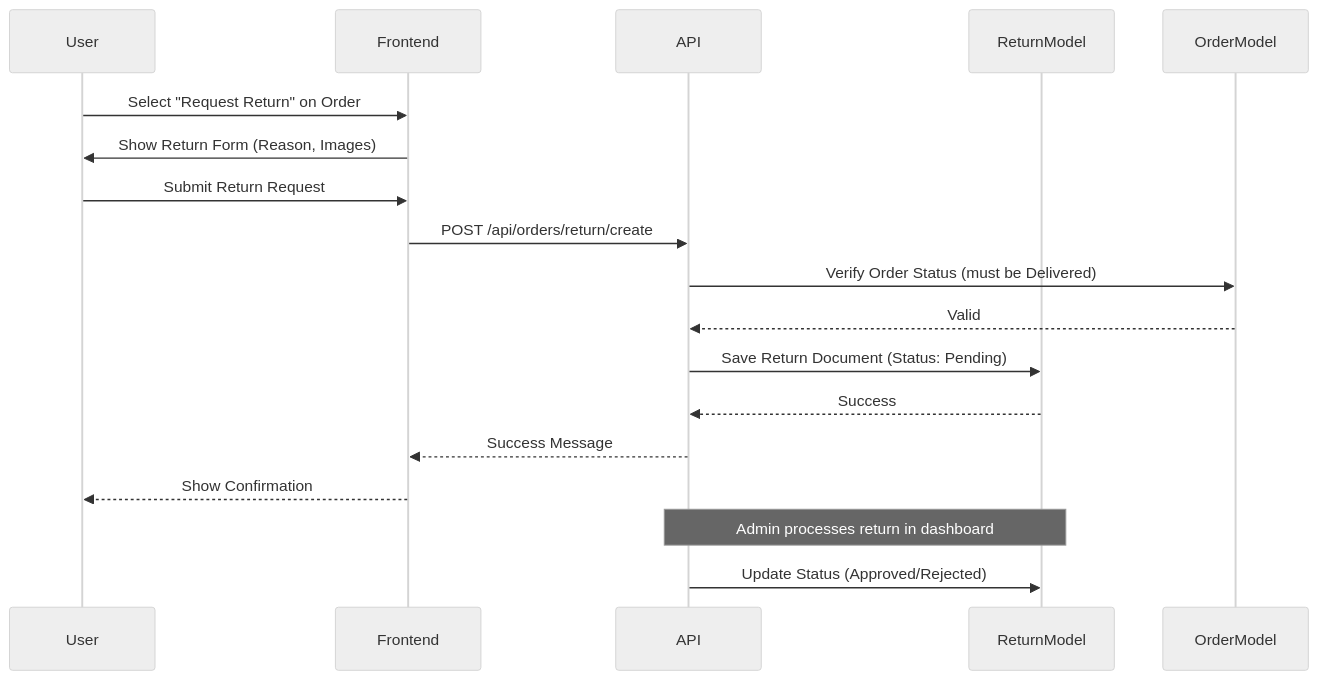
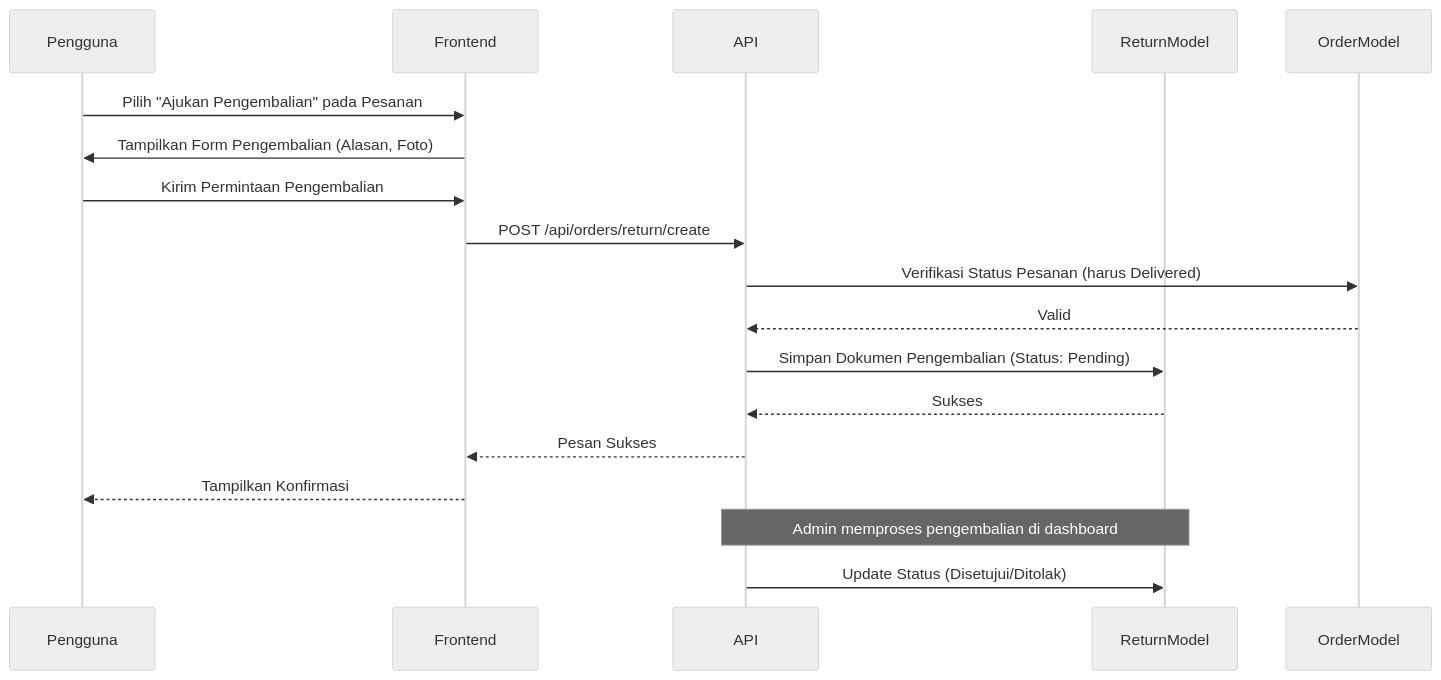
One commit to Grinti123/gerai-ayra-fullstack changed the fifth of 6 diagrams in sequence-diagram.md. Above: the diagram before and after it, drawn with Mermaid (neutral theme). The commit also changed other lines of this file, not shown here.

Commit message:
update sequence

````diff
--- a/sequence-diagram.md
+++ b/sequence-diagram.md
@@ -119,22 +119,22 @@
 ```mermaid
 sequenceDiagram
-    participant User
+    participant User as Pengguna
     participant Frontend
     participant API
     participant ReturnModel
     participant OrderModel
 
-    User->>Frontend: Select "Request Return" on Order
-    Frontend->>User: Show Return Form (Reason, Images)
-    User->>Frontend: Submit Return Request
+    User->>Frontend: Pilih "Ajukan Pengembalian" pada Pesanan
+    Frontend->>User: Tampilkan Form Pengembalian (Alasan, Foto)
+    User->>Frontend: Kirim Permintaan Pengembalian
     Frontend->>API: POST /api/orders/return/create
-    API->>OrderModel: Verify Order Status (must be Delivered)
+    API->>OrderModel: Verifikasi Status Pesanan (harus Delivered)
     OrderModel-->>API: Valid
-    API->>ReturnModel: Save Return Document (Status: Pending)
-    ReturnModel-->>API: Success
-    API-->>Frontend: Success Message
-    Frontend-->>User: Show Confirmation
+    API->>ReturnModel: Simpan Dokumen Pengembalian (Status: Pending)
+    ReturnModel-->>API: Sukses
+    API-->>Frontend: Pesan Sukses
+    Frontend-->>User: Tampilkan Konfirmasi
 
-    Note over API,ReturnModel: Admin processes return in dashboard
-    API->>ReturnModel: Update Status (Approved/Rejected)
+    Note over API,ReturnModel: Admin memproses pengembalian di dashboard
+    API->>ReturnModel: Update Status (Disetujui/Ditolak)
 ```
````
